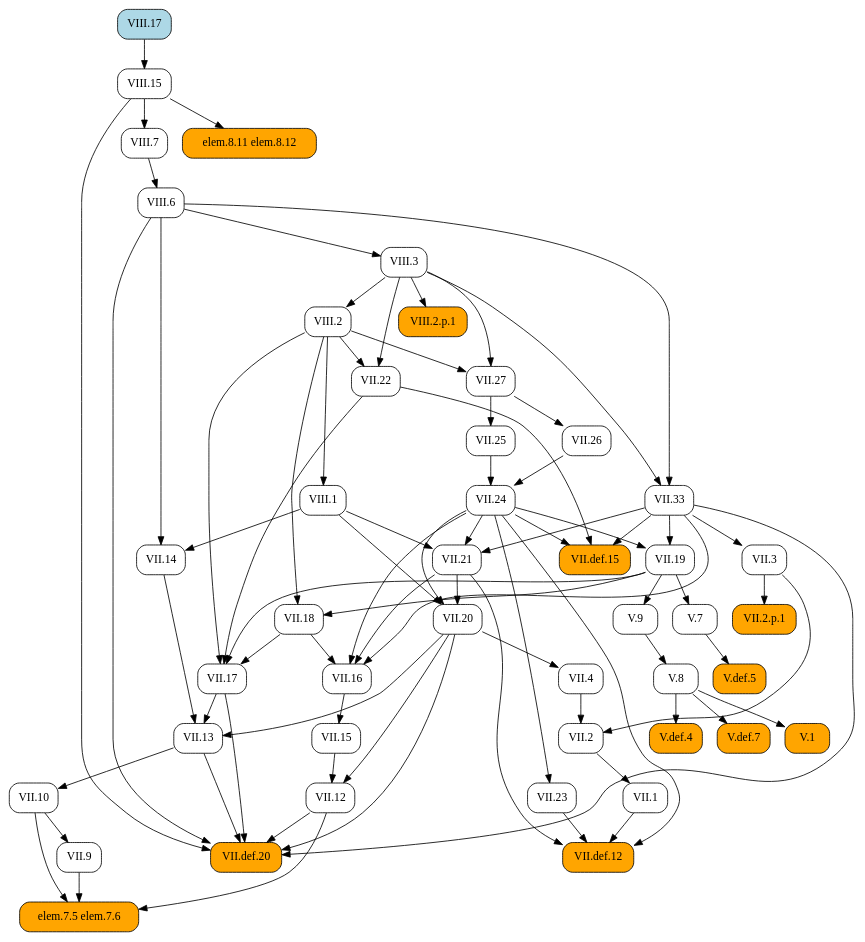
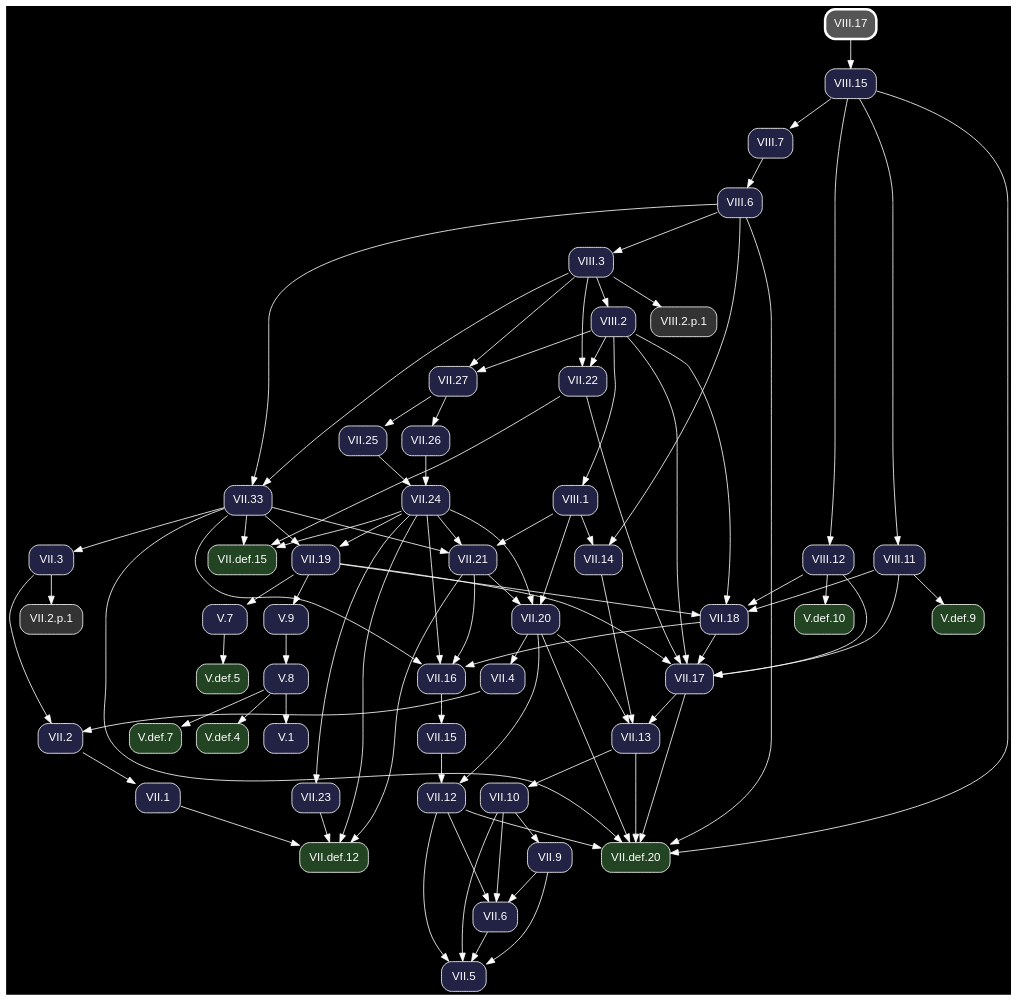
Before and after one commit to geometor/elements: the diagram in docsrc/heath/VIII/17/index.rst, drawn with Graphviz. The commit also changed other lines of this file and 1200 other files, not shown here.

Commit message:
update dependency graphs

```diff
--- a/docsrc/heath/VIII/17/index.rst
+++ b/docsrc/heath/VIII/17/index.rst
@@ -34,88 +34,66 @@
 .. graphviz::
 
    digraph {
+     bgcolor="black";
+     node [shape=box, style="rounded,filled", fontname="Helvetica", color="white", fontcolor="white"];
+     edge [color="white", fontcolor="white"];
      rankdir="TB";
-     node [shape=box, style=rounded];
-     "VII.33" [URL="/heath/VII/33/", target="_top"];
-     "VII.12" [URL="/heath/VII/12/", target="_top"];
-     "VIII.6" [URL="/heath/VIII/6/", target="_top"];
-     "elem.7.5 elem.7.6" [style="rounded,filled", fillcolor=orange];
-     "VII.9" [URL="/heath/VII/9/", target="_top"];
-     "VIII.2" [URL="/heath/VIII/2/", target="_top"];
-     "VII.18" [URL="/heath/VII/18/", target="_top"];
-     "VII.16" [URL="/heath/VII/16/", target="_top"];
-     "V.7" [URL="/heath/V/7/", target="_top"];
-     "VII.26" [URL="/heath/VII/26/", target="_top"];
-     "VIII.17" [style="rounded,filled", fillcolor=lightblue, URL="/heath/VIII/17/", target="_top"];
-     "V.def.5" [style="rounded,filled", fillcolor=orange, URL="/heath/V/def.5/", target="_top"];
-     "V.9" [URL="/heath/V/9/", target="_top"];
-     "VII.10" [URL="/heath/VII/10/", target="_top"];
-     "VIII.3" [URL="/heath/VIII/3/", target="_top"];
-     "VII.13" [URL="/heath/VII/13/", target="_top"];
-     "VIII.15" [URL="/heath/VIII/15/", target="_top"];
-     "VII.def.15" [style="rounded,filled", fillcolor=orange, URL="/heath/VII/def.15/", target="_top"];
-     "VIII.2.p.1" [style="rounded,filled", fillcolor=orange];
-     "VII.19" [URL="/heath/VII/19/", target="_top"];
-     "VII.17" [URL="/heath/VII/17/", target="_top"];
-     "VII.2" [URL="/heath/VII/2/", target="_top"];
-     "VII.def.20" [style="rounded,filled", fillcolor=orange, URL="/heath/VII/def.20/", target="_top"];
-     "VII.2.p.1" [style="rounded,filled", fillcolor=orange];
-     "VII.15" [URL="/heath/VII/15/", target="_top"];
-     "V.def.4" [style="rounded,filled", fillcolor=orange, URL="/heath/V/def.4/", target="_top"];
-     "VIII.7" [URL="/heath/VIII/7/", target="_top"];
-     "V.def.7" [style="rounded,filled", fillcolor=orange, URL="/heath/V/def.7/", target="_top"];
-     "VII.14" [URL="/heath/VII/14/", target="_top"];
-     "VII.27" [URL="/heath/VII/27/", target="_top"];
-     "VII.21" [URL="/heath/VII/21/", target="_top"];
-     "VII.22" [URL="/heath/VII/22/", target="_top"];
-     "VII.25" [URL="/heath/VII/25/", target="_top"];
-     "VIII.1" [URL="/heath/VIII/1/", target="_top"];
-     "VII.1" [URL="/heath/VII/1/", target="_top"];
-     "V.8" [URL="/heath/V/8/", target="_top"];
-     "VII.23" [URL="/heath/VII/23/", target="_top"];
-     "VII.4" [URL="/heath/VII/4/", target="_top"];
-     "VII.def.12" [style="rounded,filled", fillcolor=orange, URL="/heath/VII/def.12/", target="_top"];
-     "V.1" [style="rounded,filled", fillcolor=orange, URL="/heath/V/1/", target="_top"];
-     "elem.8.11 elem.8.12" [style="rounded,filled", fillcolor=orange];
-     "VII.3" [URL="/heath/VII/3/", target="_top"];
-     "VII.24" [URL="/heath/VII/24/", target="_top"];
-     "VII.20" [URL="/heath/VII/20/", target="_top"];
+     "VII.33" [fillcolor="#222244", URL="/heath/VII/33/", target="_top"];
+     "V.def.5" [fillcolor="#224422", URL="/heath/V/def.5/", target="_top"];
+     "V.def.9" [fillcolor="#224422", URL="/heath/V/def.9/", target="_top"];
+     "VII.18" [fillcolor="#222244", URL="/heath/VII/18/", target="_top"];
+     "VII.2" [fillcolor="#222244", URL="/heath/VII/2/", target="_top"];
+     "VII.def.20" [fillcolor="#224422", URL="/heath/VII/def.20/", target="_top"];
+     "VII.26" [fillcolor="#222244", URL="/heath/VII/26/", target="_top"];
+     "VII.1" [fillcolor="#222244", URL="/heath/VII/1/", target="_top"];
+     "VIII.6" [fillcolor="#222244", URL="/heath/VIII/6/", target="_top"];
+     "VII.13" [fillcolor="#222244", URL="/heath/VII/13/", target="_top"];
+     "VIII.12" [fillcolor="#222244", URL="/heath/VIII/12/", target="_top"];
+     "VIII.2.p.1" [fillcolor="#333333"];
+     "VIII.17" [penwidth=3, color="white", fillcolor="#555555", URL="/heath/VIII/17/", target="_top"];
+     "VII.27" [fillcolor="#222244", URL="/heath/VII/27/", target="_top"];
+     "VII.4" [fillcolor="#222244", URL="/heath/VII/4/", target="_top"];
+     "VII.25" [fillcolor="#222244", URL="/heath/VII/25/", target="_top"];
+     "VIII.15" [fillcolor="#222244", URL="/heath/VIII/15/", target="_top"];
+     "V.def.10" [fillcolor="#224422", URL="/heath/V/def.10/", target="_top"];
+     "VII.21" [fillcolor="#222244", URL="/heath/VII/21/", target="_top"];
+     "VIII.11" [fillcolor="#222244", URL="/heath/VIII/11/", target="_top"];
+     "VII.9" [fillcolor="#222244", URL="/heath/VII/9/", target="_top"];
+     "V.7" [fillcolor="#222244", URL="/heath/V/7/", target="_top"];
+     "VII.12" [fillcolor="#222244", URL="/heath/VII/12/", target="_top"];
+     "V.9" [fillcolor="#222244", URL="/heath/V/9/", target="_top"];
+     "VII.17" [fillcolor="#222244", URL="/heath/VII/17/", target="_top"];
+     "VII.24" [fillcolor="#222244", URL="/heath/VII/24/", target="_top"];
+     "VII.22" [fillcolor="#222244", URL="/heath/VII/22/", target="_top"];
+     "VIII.2" [fillcolor="#222244", URL="/heath/VIII/2/", target="_top"];
+     "V.def.7" [fillcolor="#224422", URL="/heath/V/def.7/", target="_top"];
+     "VII.20" [fillcolor="#222244", URL="/heath/VII/20/", target="_top"];
+     "V.def.4" [fillcolor="#224422", URL="/heath/V/def.4/", target="_top"];
+     "VII.5" [fillcolor="#222244", URL="/heath/VII/5/", target="_top"];
+     "VII.def.15" [fillcolor="#224422", URL="/heath/VII/def.15/", target="_top"];
+     "VIII.3" [fillcolor="#222244", URL="/heath/VIII/3/", target="_top"];
+     "VII.2.p.1" [fillcolor="#333333"];
+     "VII.6" [fillcolor="#222244", URL="/heath/VII/6/", target="_top"];
+     "VII.16" [fillcolor="#222244", URL="/heath/VII/16/", target="_top"];
+     "VII.15" [fillcolor="#222244", URL="/heath/VII/15/", target="_top"];
+     "V.1" [fillcolor="#222244", URL="/heath/V/1/", target="_top"];
+     "VIII.7" [fillcolor="#222244", URL="/heath/VIII/7/", target="_top"];
+     "VII.10" [fillcolor="#222244", URL="/heath/VII/10/", target="_top"];
+     "VII.23" [fillcolor="#222244", URL="/heath/VII/23/", target="_top"];
+     "VII.def.12" [fillcolor="#224422", URL="/heath/VII/def.12/", target="_top"];
+     "VII.19" [fillcolor="#222244", URL="/heath/VII/19/", target="_top"];
+     "VIII.1" [fillcolor="#222244", URL="/heath/VIII/1/", target="_top"];
+     "V.8" [fillcolor="#222244", URL="/heath/V/8/", target="_top"];
+     "VII.3" [fillcolor="#222244", URL="/heath/VII/3/", target="_top"];
+     "VII.14" [fillcolor="#222244", URL="/heath/VII/14/", target="_top"];
      "VIII.3" -> "VII.33";
      "VIII.6" -> "VII.33";
-     "VII.15" -> "VII.12";
-     "VII.20" -> "VII.12";
-     "VIII.7" -> "VIII.6";
-     "VII.9" -> "elem.7.5 elem.7.6";
-     "VII.10" -> "elem.7.5 elem.7.6";
-     "VII.12" -> "elem.7.5 elem.7.6";
-     "VII.10" -> "VII.9";
-     "VIII.3" -> "VIII.2";
+     "V.7" -> "V.def.5";
+     "VIII.11" -> "V.def.9";
      "VII.19" -> "VII.18";
      "VIII.2" -> "VII.18";
-     "VII.18" -> "VII.16";
-     "VII.21" -> "VII.16";
-     "VII.24" -> "VII.16";
-     "VII.33" -> "VII.16";
-     "VII.19" -> "V.7";
-     "VII.27" -> "VII.26";
-     "V.7" -> "V.def.5";
-     "VII.19" -> "V.9";
-     "VII.13" -> "VII.10";
-     "VIII.6" -> "VIII.3";
-     "VII.14" -> "VII.13";
-     "VII.17" -> "VII.13";
-     "VII.20" -> "VII.13";
-     "VIII.17" -> "VIII.15";
-     "VII.22" -> "VII.def.15";
-     "VII.24" -> "VII.def.15";
-     "VII.33" -> "VII.def.15";
-     "VIII.3" -> "VIII.2.p.1";
-     "VII.24" -> "VII.19";
-     "VII.33" -> "VII.19";
-     "VII.18" -> "VII.17";
-     "VII.19" -> "VII.17";
-     "VII.22" -> "VII.17";
-     "VIII.2" -> "VII.17";
+     "VIII.11" -> "VII.18";
+     "VIII.12" -> "VII.18";
      "VII.3" -> "VII.2";
      "VII.4" -> "VII.2";
      "VII.12" -> "VII.def.20";
@@ -125,36 +103,75 @@
      "VII.33" -> "VII.def.20";
      "VIII.6" -> "VII.def.20";
      "VIII.15" -> "VII.def.20";
-     "VII.3" -> "VII.2.p.1";
-     "VII.16" -> "VII.15";
-     "V.8" -> "V.def.4";
-     "VIII.15" -> "VIII.7";
-     "V.8" -> "V.def.7";
-     "VIII.1" -> "VII.14";
-     "VIII.6" -> "VII.14";
+     "VII.27" -> "VII.26";
+     "VII.2" -> "VII.1";
+     "VIII.7" -> "VIII.6";
+     "VII.14" -> "VII.13";
+     "VII.17" -> "VII.13";
+     "VII.20" -> "VII.13";
+     "VIII.15" -> "VIII.12";
+     "VIII.3" -> "VIII.2.p.1";
      "VIII.2" -> "VII.27";
      "VIII.3" -> "VII.27";
+     "VII.20" -> "VII.4";
+     "VII.27" -> "VII.25";
+     "VIII.17" -> "VIII.15";
+     "VIII.12" -> "V.def.10";
      "VII.24" -> "VII.21";
      "VII.33" -> "VII.21";
      "VIII.1" -> "VII.21";
+     "VIII.15" -> "VIII.11";
+     "VII.10" -> "VII.9";
+     "VII.19" -> "V.7";
+     "VII.15" -> "VII.12";
+     "VII.20" -> "VII.12";
+     "VII.19" -> "V.9";
+     "VII.18" -> "VII.17";
+     "VII.19" -> "VII.17";
+     "VII.22" -> "VII.17";
+     "VIII.2" -> "VII.17";
+     "VIII.11" -> "VII.17";
+     "VIII.12" -> "VII.17";
+     "VII.25" -> "VII.24";
+     "VII.26" -> "VII.24";
      "VIII.2" -> "VII.22";
      "VIII.3" -> "VII.22";
-     "VII.27" -> "VII.25";
-     "VIII.2" -> "VIII.1";
-     "VII.2" -> "VII.1";
-     "V.9" -> "V.8";
+     "VIII.3" -> "VIII.2";
+     "V.8" -> "V.def.7";
+     "VII.21" -> "VII.20";
+     "VII.24" -> "VII.20";
+     "VIII.1" -> "VII.20";
+     "V.8" -> "V.def.4";
+     "VII.6" -> "VII.5";
+     "VII.9" -> "VII.5";
+     "VII.10" -> "VII.5";
+     "VII.12" -> "VII.5";
+     "VII.22" -> "VII.def.15";
+     "VII.24" -> "VII.def.15";
+     "VII.33" -> "VII.def.15";
+     "VIII.6" -> "VIII.3";
+     "VII.3" -> "VII.2.p.1";
+     "VII.9" -> "VII.6";
+     "VII.10" -> "VII.6";
+     "VII.12" -> "VII.6";
+     "VII.18" -> "VII.16";
+     "VII.21" -> "VII.16";
+     "VII.24" -> "VII.16";
+     "VII.33" -> "VII.16";
+     "VII.16" -> "VII.15";
+     "V.8" -> "V.1";
+     "VIII.15" -> "VIII.7";
+     "VII.13" -> "VII.10";
      "VII.24" -> "VII.23";
-     "VII.20" -> "VII.4";
      "VII.1" -> "VII.def.12";
      "VII.21" -> "VII.def.12";
      "VII.23" -> "VII.def.12";
      "VII.24" -> "VII.def.12";
-     "V.8" -> "V.1";
-     "VIII.15" -> "elem.8.11 elem.8.12";
+     "VII.24" -> "VII.19";
+     "VII.33" -> "VII.19";
+     "VIII.2" -> "VIII.1";
+     "V.9" -> "V.8";
      "VII.33" -> "VII.3";
-     "VII.25" -> "VII.24";
-     "VII.26" -> "VII.24";
-     "VII.21" -> "VII.20";
-     "VII.24" -> "VII.20";
-     "VIII.1" -> "VII.20";
+     "VIII.1" -> "VII.14";
+     "VIII.6" -> "VII.14";
    }
```
